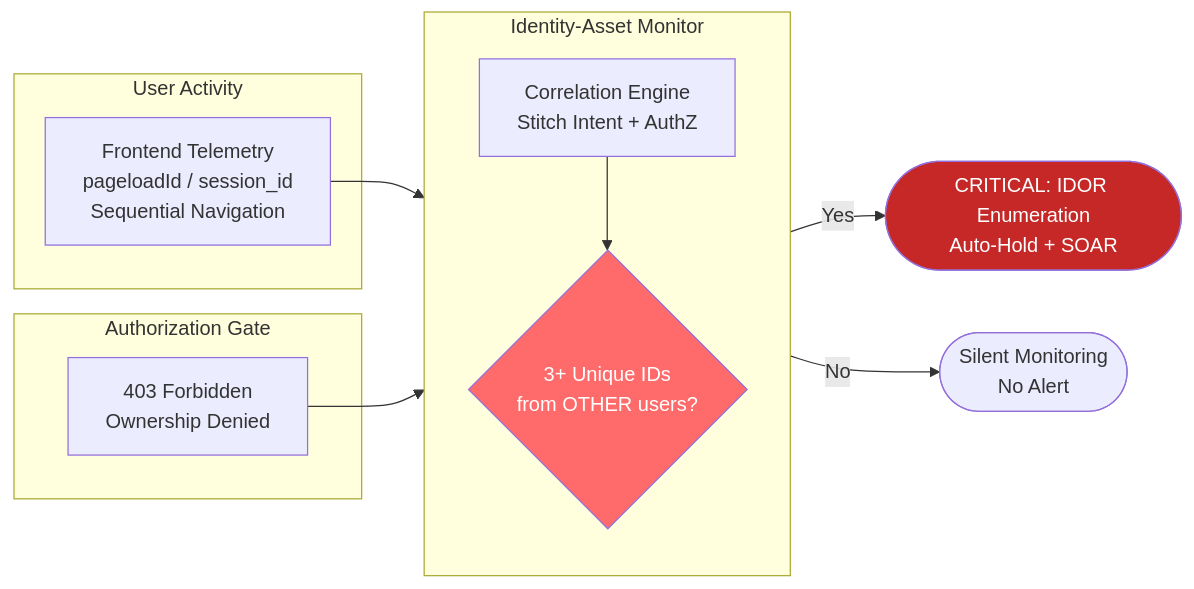
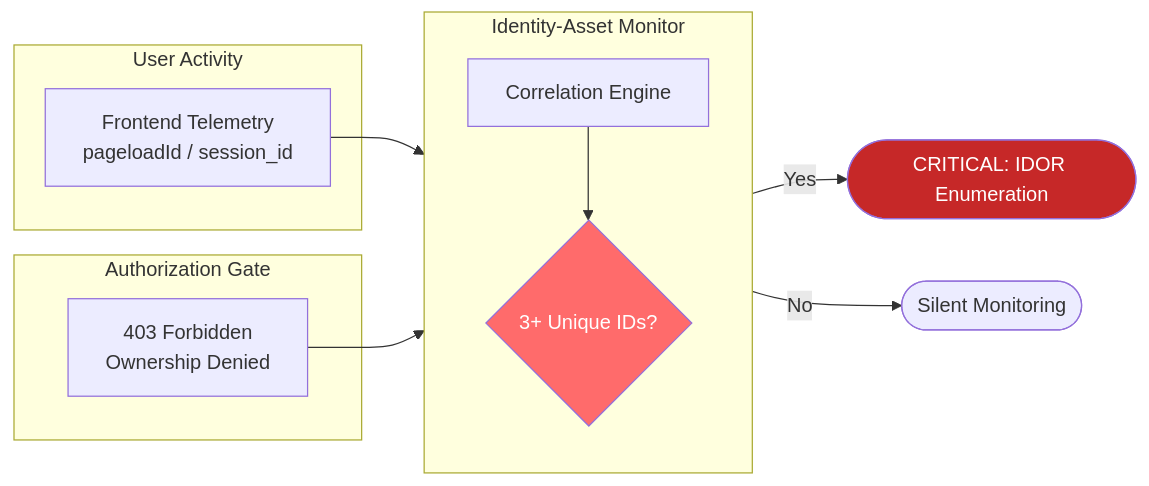
Before and after one commit to mikewolf256/llm-soc-triage: the second of 2 diagrams in README.md, drawn with Mermaid. The commit also changed other lines of this file and 2 other files, not shown here.

````diff
--- a/README.md
+++ b/README.md
@@ -711,25 +724,25 @@
 ```mermaid
 flowchart LR
     subgraph Frontend [User Activity]
-        RUM[Frontend Telemetry<br/>pageloadId / session_id<br/>Sequential Navigation]
+        RUM[Frontend Telemetry<br/>pageloadId / session_id]
     end
 
     subgraph Middleware [Identity-Asset Monitor]
         direction TB
-        Track[Correlation Engine<br/>Stitch Intent + AuthZ]
-        Logic{3+ Unique IDs<br/>from OTHER users?}
+        Track[Correlation Engine]
+        Logic{3+ Unique IDs?}
     end
 
     subgraph Backend [Authorization Gate]
         Auth[403 Forbidden<br/>Ownership Denied]
     end
 
     RUM --> Track
     Auth --> Track
     Track --> Logic
-    Logic -->|Yes| Alert([CRITICAL: IDOR Enumeration<br/>Auto-Hold + SOAR])
-    Logic -->|No| Log([Silent Monitoring<br/>No Alert])
+    Logic -->|Yes| Alert([CRITICAL: IDOR Enumeration])
+    Logic -->|No| Log([Silent Monitoring])
     
     style Logic fill:#ff6b6b,color:#fff
     style Alert fill:#c62828,color:#fff
 ```
````
